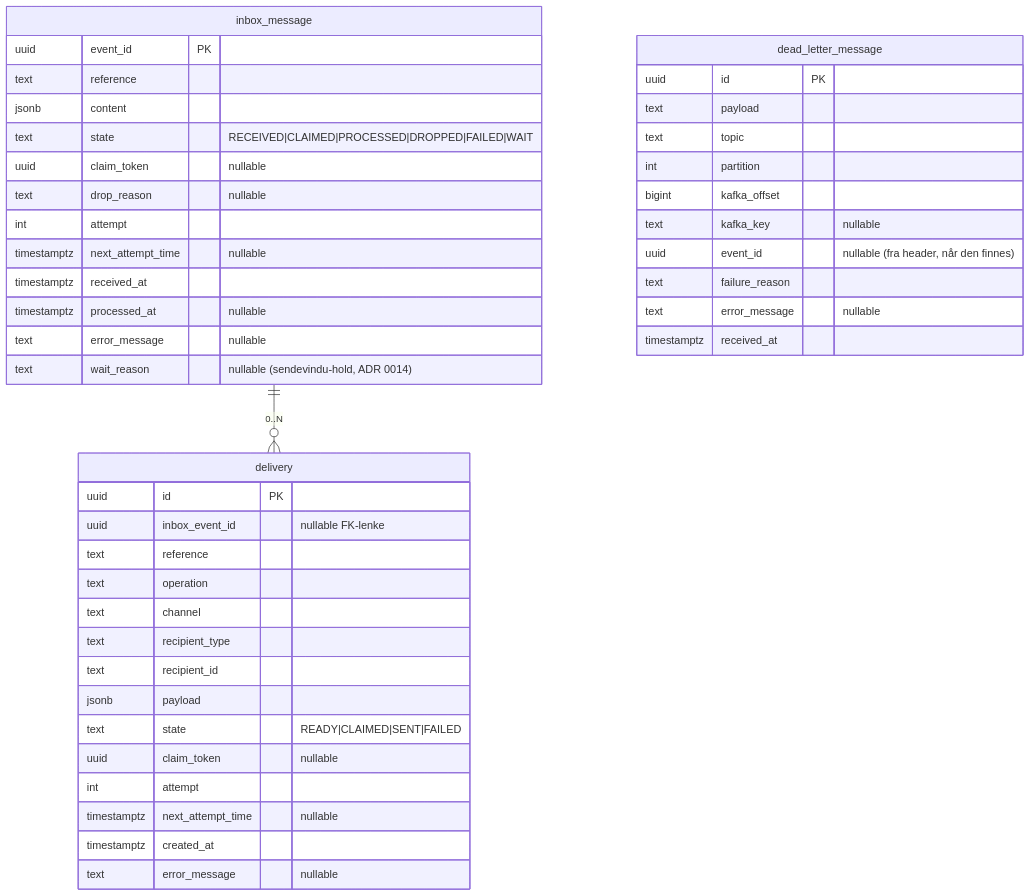
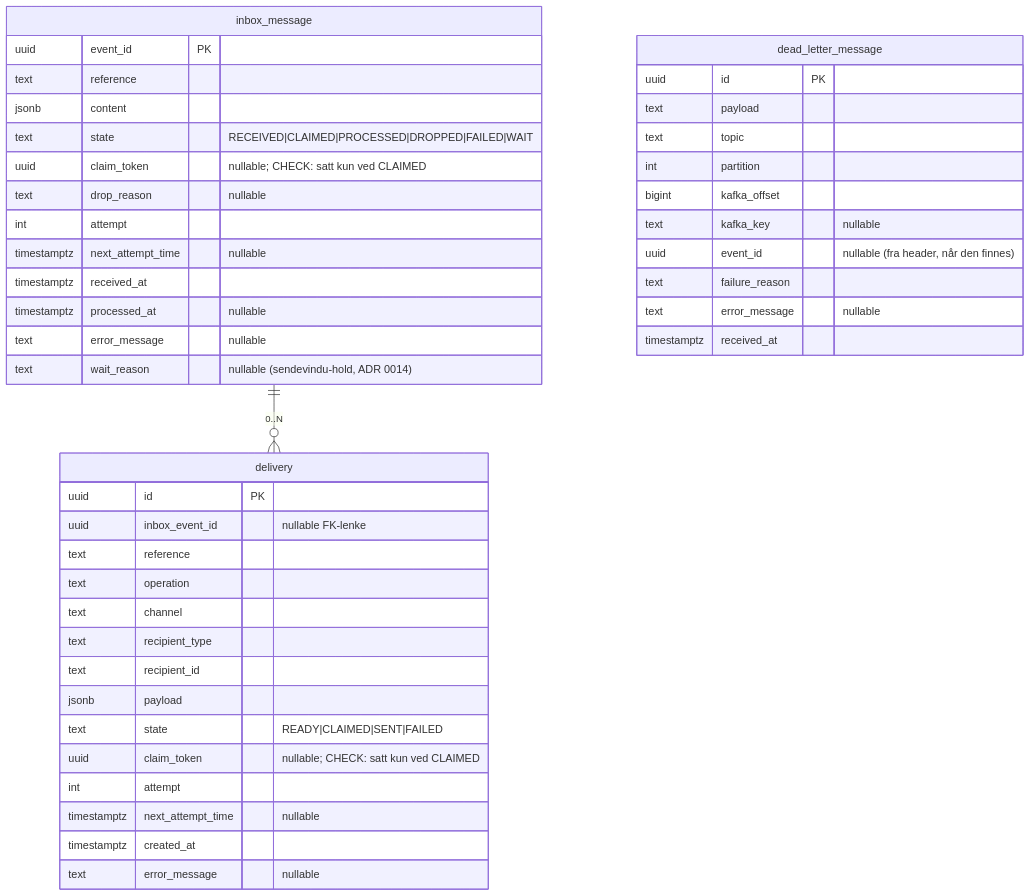
One commit to navikt/syfo-budstikka changed the diagram in docs/datamodell.md. Above: the diagram before and after it, drawn with Mermaid. The commit also changed other lines of this file and 9 other files, not shown here.

First line of the commit message:
feat(database): enforce claim_token only on CLAIMED rows (#309)

````diff
--- a/docs/datamodell.md
+++ b/docs/datamodell.md
@@ -8,49 +8,49 @@
 ```mermaid
 erDiagram
     inbox_message ||--o{ delivery : "0..N"
 
     inbox_message {
         uuid        event_id PK
         text        reference
         jsonb       content
         text        state "RECEIVED|CLAIMED|PROCESSED|DROPPED|FAILED|WAIT"
-        uuid        claim_token "nullable"
+        uuid        claim_token "nullable; CHECK: satt kun ved CLAIMED"
         text        drop_reason "nullable"
         int         attempt
         timestamptz next_attempt_time "nullable"
         timestamptz received_at
         timestamptz processed_at "nullable"
         text        error_message "nullable"
         text        wait_reason "nullable (sendevindu-hold, ADR 0014)"
     }
 
     delivery {
         uuid        id PK
         uuid        inbox_event_id "nullable FK-lenke"
         text        reference
         text        operation
         text        channel
         text        recipient_type
         text        recipient_id
         jsonb       payload
         text        state "READY|CLAIMED|SENT|FAILED"
-        uuid        claim_token "nullable"
+        uuid        claim_token "nullable; CHECK: satt kun ved CLAIMED"
         int         attempt
         timestamptz next_attempt_time "nullable"
         timestamptz created_at
         text        error_message "nullable"
     }
 
     dead_letter_message {
         uuid        id PK
         text        payload
         text        topic
         int         partition
         bigint      kafka_offset
         text        kafka_key "nullable"
         uuid        event_id "nullable (fra header, når den finnes)"
         text        failure_reason
         text        error_message "nullable"
         timestamptz received_at
     }
 ```
````
